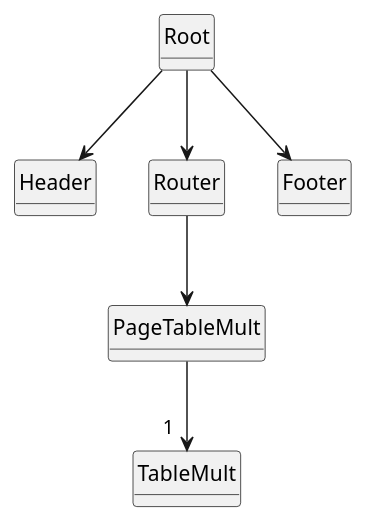
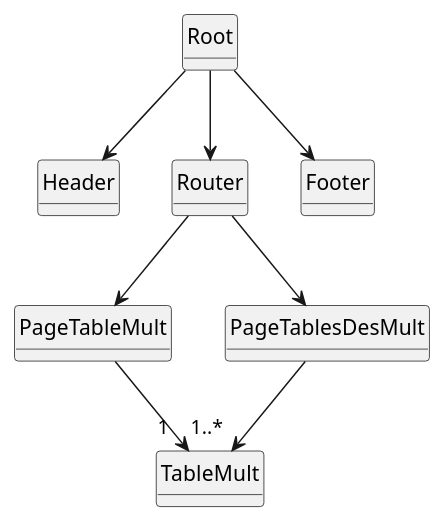
Before and after one commit to TabarBaptiste/Table-mult-app: the diagram in Screen/uml.wsd, drawn with PlantUML.

Commit message:
Màj

```diff
--- a/Screen/uml.wsd
+++ b/Screen/uml.wsd
@@ -1,21 +1,23 @@
 @startuml table
 
 class Root
 class Header
 class Router
 class Footer
 
 class TableMult
 class PageTableMult
 
 
 Root --> Header
 Root --> Router
 Root --> Footer
 Router --> PageTableMult
+Router --> PageTablesDesMult
 
 PageTableMult -->"1  " TableMult
+PageTablesDesMult -->"1..*  " TableMult
 
 hide circle
 hide method
 @enduml
```
